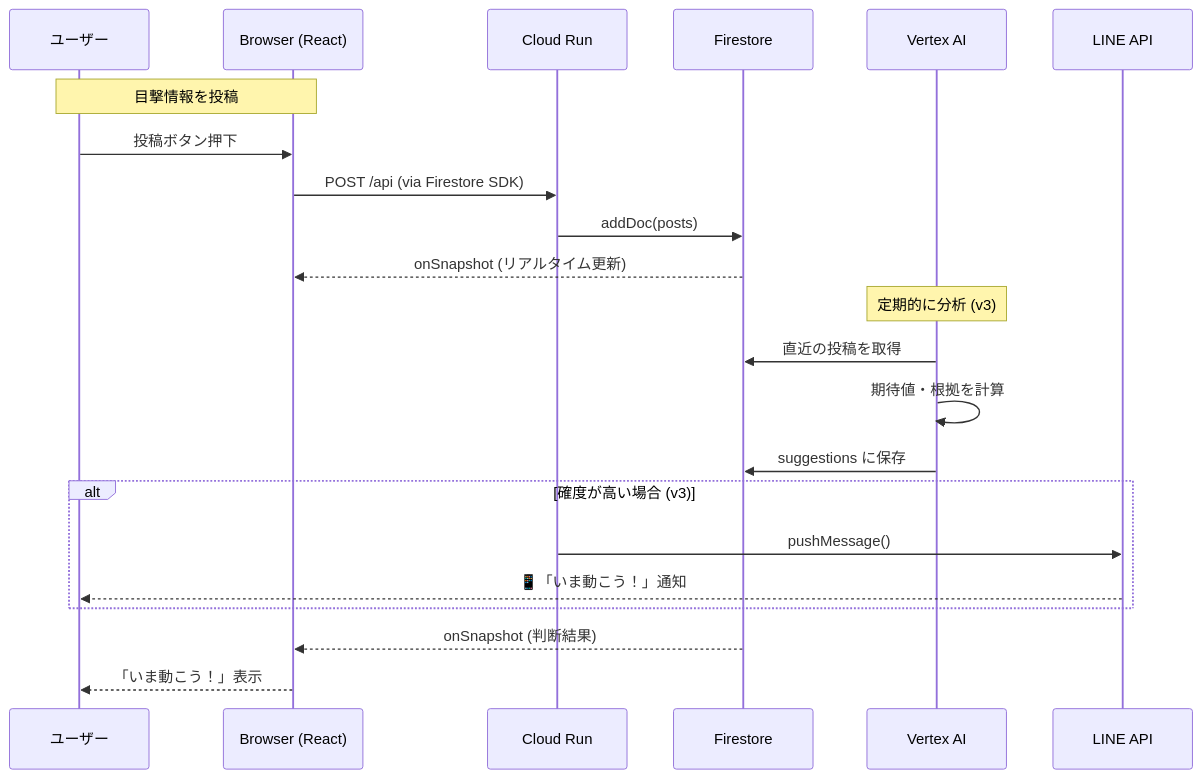
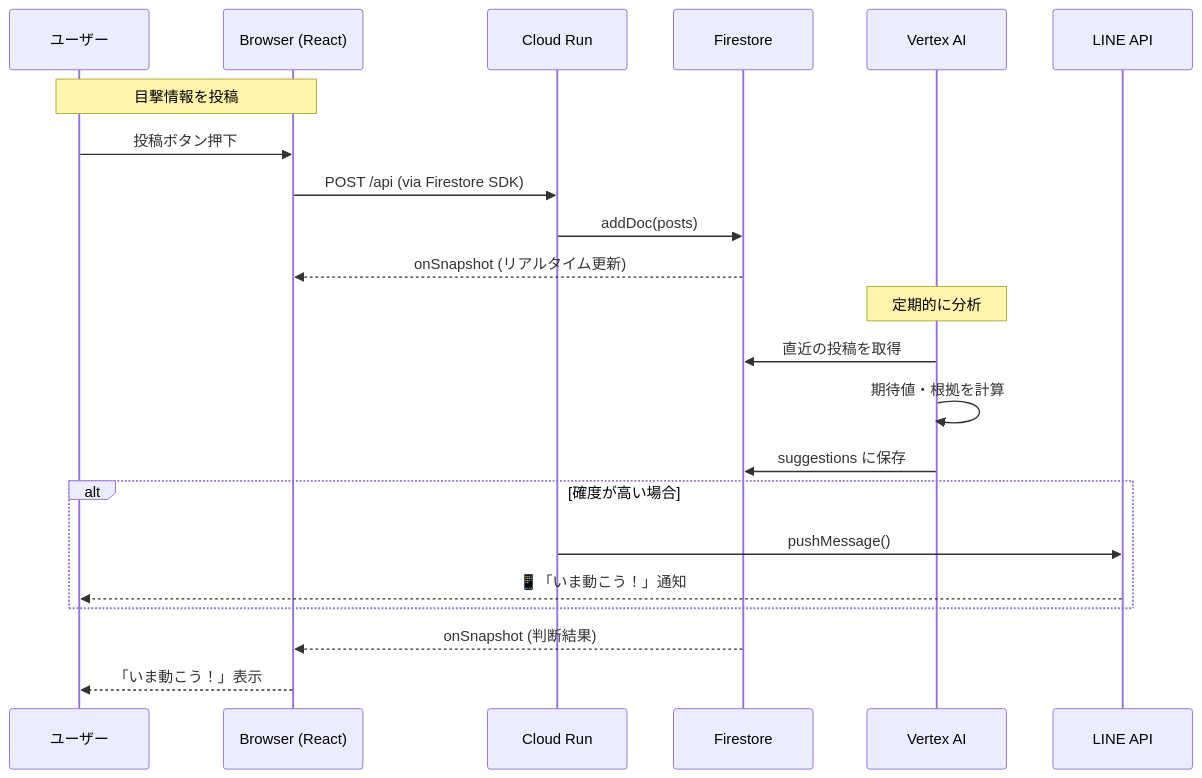
One commit to nekoai-lab/tsugi-no-tokimeki changed the second of 5 diagrams in README.md. Above: the diagram before and after it, drawn with Mermaid. The commit also changed other lines of this file and 2 other files, not shown here.

````diff
--- a/README.md
+++ b/README.md
@@ -96,28 +98,28 @@
 ```mermaid
 sequenceDiagram
     participant User as ユーザー
     participant UI as Browser (React)
     participant Run as Cloud Run
     participant FS as Firestore
     participant AI as Vertex AI
     participant LINE as LINE API
 
     Note over User, UI: 目撃情報を投稿
     User->>UI: 投稿ボタン押下
     UI->>Run: POST /api (via Firestore SDK)
     Run->>FS: addDoc(posts)
     FS-->>UI: onSnapshot (リアルタイム更新)
-    
-    Note over AI: 定期的に分析 (v3)
+
+    Note over AI: 定期的に分析
     AI->>FS: 直近の投稿を取得
     AI->>AI: 期待値・根拠を計算
     AI->>FS: suggestions に保存
     
-    alt 確度が高い場合 (v3)
+    alt 確度が高い場合
         Run->>LINE: pushMessage()
         LINE-->>User: 📱「いま動こう！」通知
     end
     
     FS-->>UI: onSnapshot (判断結果)
     UI-->>User: 「いま動こう！」表示
 ```
````
